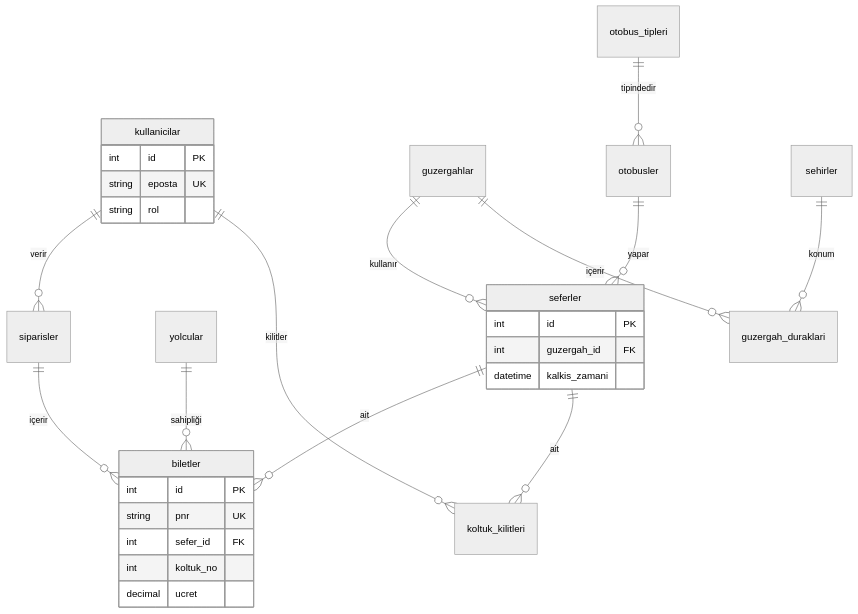
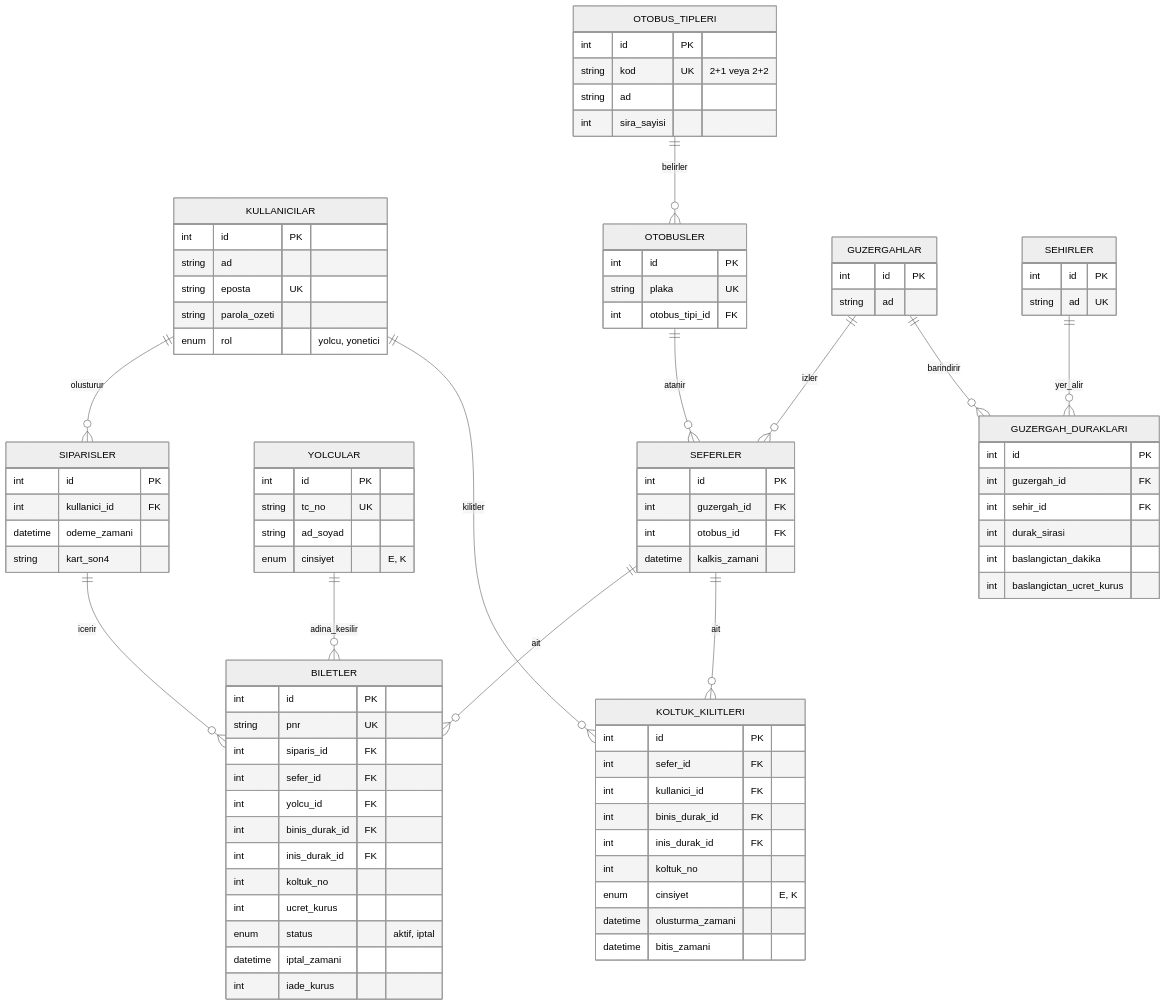
The third of 4 diagrams in docs/tasarim.md (MthnByrm/Otob-s-Firma-Projesi), drawn with Mermaid (neutral theme) before and after one commit. The commit also changed other lines of this file, not shown here.

````diff
--- a/docs/tasarim.md
+++ b/docs/tasarim.md
@@ -107,32 +267,92 @@
 ```mermaid
 erDiagram
-    kullanicilar ||--o{ siparisler : "verir"
-    kullanicilar ||--o{ koltuk_kilitleri : "kilitler"
-    siparisler ||--o{ biletler : "içerir"
-    yolcular ||--o{ biletler : "sahipliği"
-    seferler ||--o{ biletler : "ait"
-    seferler ||--o{ koltuk_kilitleri : "ait"
-    guzergahlar ||--o{ seferler : "kullanır"
-    otobusler ||--o{ seferler : "yapar"
-    otobus_tipleri ||--o{ otobusler : "tipindedir"
-    sehirler ||--o{ guzergah_duraklari : "konum"
-    guzergahlar ||--o{ guzergah_duraklari : "içerir"
+    KULLANICILAR ||--o{ SIPARISLER : "olusturur"
+    KULLANICILAR ||--o{ KOLTUK_KILITLERI : "kilitler"
+    SIPARISLER ||--o{ BILETLER : "icerir"
+    YOLCULAR ||--o{ BILETLER : "adina_kesilir"
+    SEFERLER ||--o{ BILETLER : "ait"
+    SEFERLER ||--o{ KOLTUK_KILITLERI : "ait"
+    OTOBUS_TIPLERI ||--o{ OTOBUSLER : "belirler"
+    OTOBUSLER ||--o{ SEFERLER : "atanir"
+    GUZERGAHLAR ||--o{ SEFERLER : "izler"
+    GUZERGAHLAR ||--o{ GUZERGAH_DURAKLARI : "barindirir"
+    SEHIRLER ||--o{ GUZERGAH_DURAKLARI : "yer_alir"
 
-    kullanicilar {
+    KULLANICILAR {
         int id PK
+        string ad
         string eposta UK
-        string rol
+        string parola_ozeti
+        enum rol "yolcu, yonetici"
     }
-    biletler {
+    SIPARISLER {
+        int id PK
+        int kullanici_id FK
+        datetime odeme_zamani
+        string kart_son4
+    }
+    BILETLER {
         int id PK
         string pnr UK
+        int siparis_id FK
         int sefer_id FK
+        int yolcu_id FK
+        int binis_durak_id FK
+        int inis_durak_id FK
         int koltuk_no
-        decimal ucret
+        int ucret_kurus
+        enum status "aktif, iptal"
+        datetime iptal_zamani
+        int iade_kurus
     }
-    seferler {
+    YOLCULAR {
+        int id PK
+        string tc_no UK
+        string ad_soyad
+        enum cinsiyet "E, K"
+    }
+    KOLTUK_KILITLERI {
+        int id PK
+        int sefer_id FK
+        int kullanici_id FK
+        int binis_durak_id FK
+        int inis_durak_id FK
+        int koltuk_no
+        enum cinsiyet "E, K"
+        datetime olusturma_zamani
+        datetime bitis_zamani
+    }
+    SEFERLER {
         int id PK
         int guzergah_id FK
+        int otobus_id FK
         datetime kalkis_zamani
     }
+    GUZERGAH_DURAKLARI {
+        int id PK
+        int guzergah_id FK
+        int sehir_id FK
+        int durak_sirasi
+        int baslangictan_dakika
+        int baslangictan_ucret_kurus
+    }
+    OTOBUS_TIPLERI {
+        int id PK
+        string kod UK "2+1 veya 2+2"
+        string ad
+        int sira_sayisi
+    }
+    OTOBUSLER {
+        int id PK
+        string plaka UK
+        int otobus_tipi_id FK
+    }
+    GUZERGAHLAR {
+        int id PK
+        string ad
+    }
+    SEHIRLER {
+        int id PK
+        string ad UK
+    }
 ```
````
